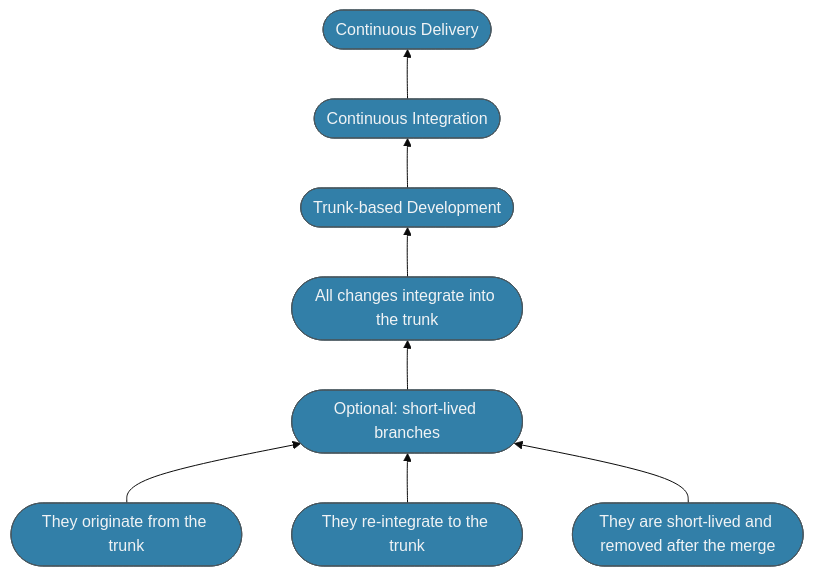
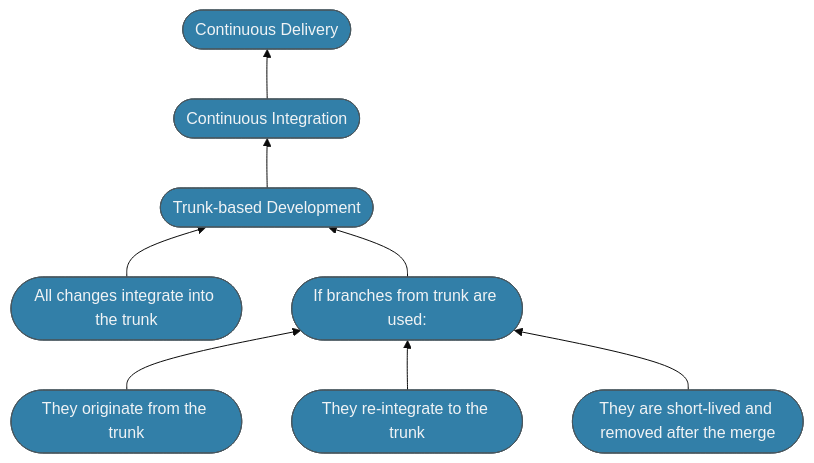
One commit to devopsdojoconsortium/website changed the diagram in content/Continuous Delivery/minimumCd.md. Above: the diagram before and after it, drawn with Mermaid. The commit also changed other lines of this file and 1 other file, not shown here.

Commit message:
Change mermaid CDN

````diff
--- a/content/Continuous Delivery/minimumCd.md
+++ b/content/Continuous Delivery/minimumCd.md
@@ -9,12 +9,12 @@
-```mermaid
+{{<mermaid align="center">}}
 %%{init: {'securityLevel': 'loose', 'theme': 'base', 'themeVariables': { 'primaryColor': '#327fa8', 'primaryTextColor': '#f0f3f5'}}}%%
 graph BT
 TBD([Trunk-based Development])-->CI
 CI([Continuous Integration])-->CD([Continuous Delivery])
 DTT([All changes integrate into the trunk])-->TBD
-SLFB([Optional: short-lived branches])-->DTT
+SLFB([If branches from trunk are used:])-->TBD
 A([They originate from the trunk])-->SLFB
 B([They re-integrate to the trunk])-->SLFB
 C([They are short-lived and removed after the merge])-->SLFB
 
-```
+{{< /mermaid >}}
````
